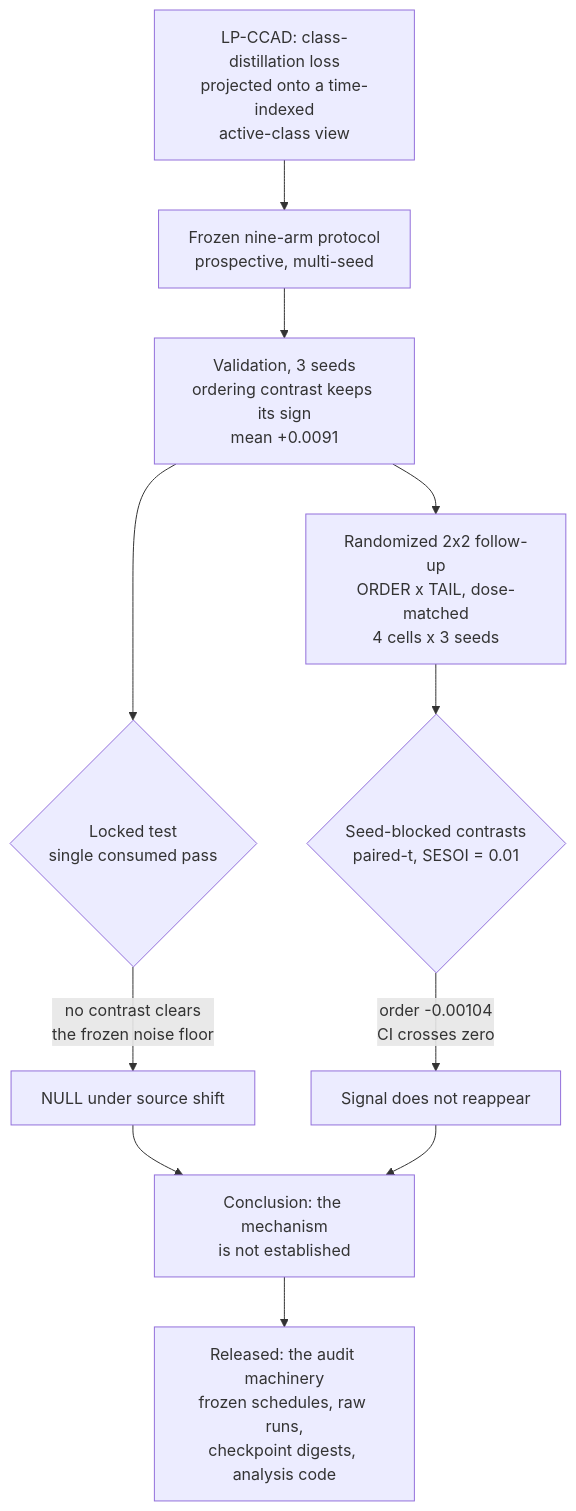
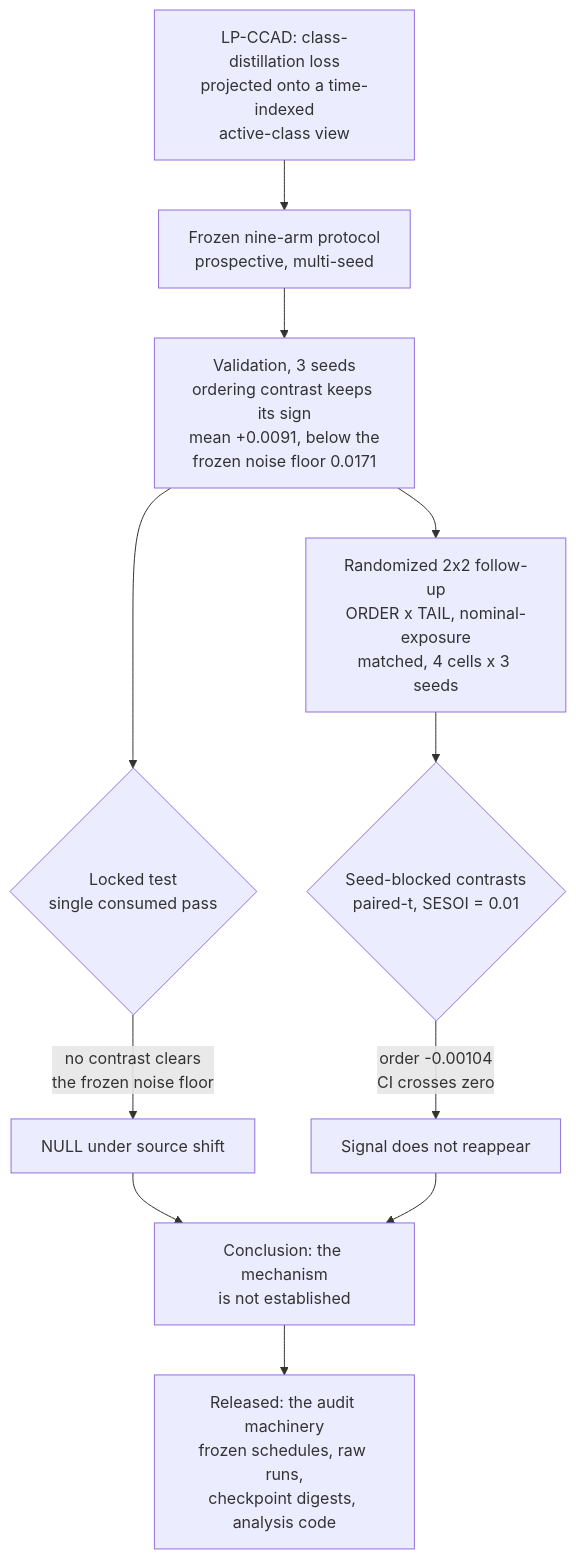
Before and after one commit to eeliwuei/lp-ccad-audit: the diagram in README.md, drawn with Mermaid. The commit also changed other lines of this file and 4 other files, not shown here.

````diff
--- a/README.md
+++ b/README.md
@@ -14,13 +14,13 @@
 ```mermaid
 flowchart TD
     A["LP-CCAD: class-distillation loss<br/>projected onto a time-indexed<br/>active-class view"] --> B["Frozen nine-arm protocol<br/>prospective, multi-seed"]
-    B --> C["Validation, 3 seeds<br/>ordering contrast keeps its sign<br/>mean +0.0091"]
+    B --> C["Validation, 3 seeds<br/>ordering contrast keeps its sign<br/>mean +0.0091, below the<br/>frozen noise floor 0.0171"]
     C --> D{"Locked test<br/>single consumed pass"}
     D -->|"no contrast clears<br/>the frozen noise floor"| E["NULL under source shift"]
-    C --> F["Randomized 2x2 follow-up<br/>ORDER x TAIL, dose-matched<br/>4 cells x 3 seeds"]
+    C --> F["Randomized 2x2 follow-up<br/>ORDER x TAIL, nominal-exposure<br/>matched, 4 cells x 3 seeds"]
     F --> G{"Seed-blocked contrasts<br/>paired-t, SESOI = 0.01"}
     G -->|"order -0.00104<br/>CI crosses zero"| H["Signal does not reappear"]
     E --> I["Conclusion: the mechanism<br/>is not established"]
     H --> I
     I --> J["Released: the audit machinery<br/>frozen schedules, raw runs,<br/>checkpoint digests, analysis code"]
 ```
````
